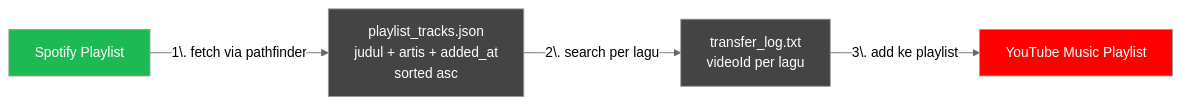
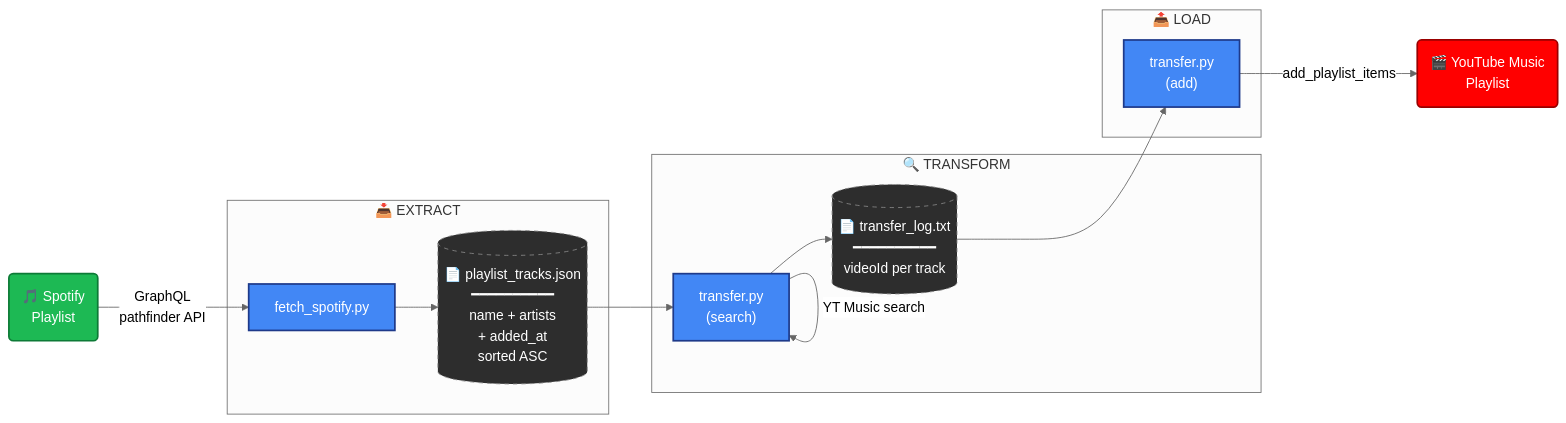
Before and after one commit to mohamadarvin25/spotify-to-ytmusic: the first of 6 diagrams in HOW_IT_WORKS.md, drawn with Mermaid (neutral theme). The commit also changed other lines of this file, not shown here.

First line of the commit message:
Upgrade diagrams in HOW_IT_WORKS.md

````diff
--- a/HOW_IT_WORKS.md
+++ b/HOW_IT_WORKS.md
@@ -15,11 +15,33 @@
 ```mermaid
 flowchart LR
-    A[Spotify Playlist] -->|1\. fetch via pathfinder| B[playlist_tracks.json<br/>judul + artis + added_at<br/>sorted asc]
-    B -->|2\. search per lagu| C[transfer_log.txt<br/>videoId per lagu]
-    C -->|3\. add ke playlist| D[YouTube Music Playlist]
+    classDef spotify fill:#1DB954,stroke:#0d7a36,color:#fff,stroke-width:2px
+    classDef ytmusic fill:#FF0000,stroke:#990000,color:#fff,stroke-width:2px
+    classDef state fill:#2d2d2d,stroke:#888,color:#fff,stroke-width:1px,stroke-dasharray:5 5
+    classDef script fill:#4287f5,stroke:#1e3a8a,color:#fff,stroke-width:2px
 
-    style A fill:#1DB954,color:#fff
-    style D fill:#FF0000,color:#fff
-    style B fill:#444,color:#fff
-    style C fill:#444,color:#fff
+    SP("🎵 Spotify<br/>Playlist"):::spotify
+
+    subgraph EXTRACT["📥 EXTRACT"]
+        FS["fetch_spotify.py"]:::script
+        TR1[("📄 playlist_tracks.json<br/>━━━━━━━━━━<br/>name + artists<br/>+ added_at<br/>sorted ASC")]:::state
+    end
+
+    subgraph TRANSFORM["🔍 TRANSFORM"]
+        TF["transfer.py<br/>(search)"]:::script
+        TR2[("📄 transfer_log.txt<br/>━━━━━━━━━━<br/>videoId per track")]:::state
+    end
+
+    subgraph LOAD["📤 LOAD"]
+        TF2["transfer.py<br/>(add)"]:::script
+    end
+
+    YT("🎬 YouTube Music<br/>Playlist"):::ytmusic
+
+    SP -->|"GraphQL<br/>pathfinder API"| FS
+    FS --> TR1
+    TR1 --> TF
+    TF -->|"YT Music search"| TF
+    TF --> TR2
+    TR2 --> TF2
+    TF2 -->|"add_playlist_items"| YT
 ```
````
